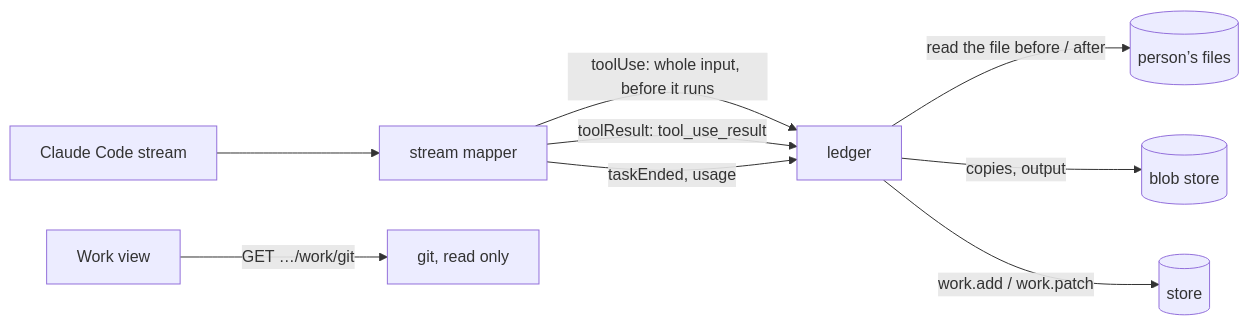
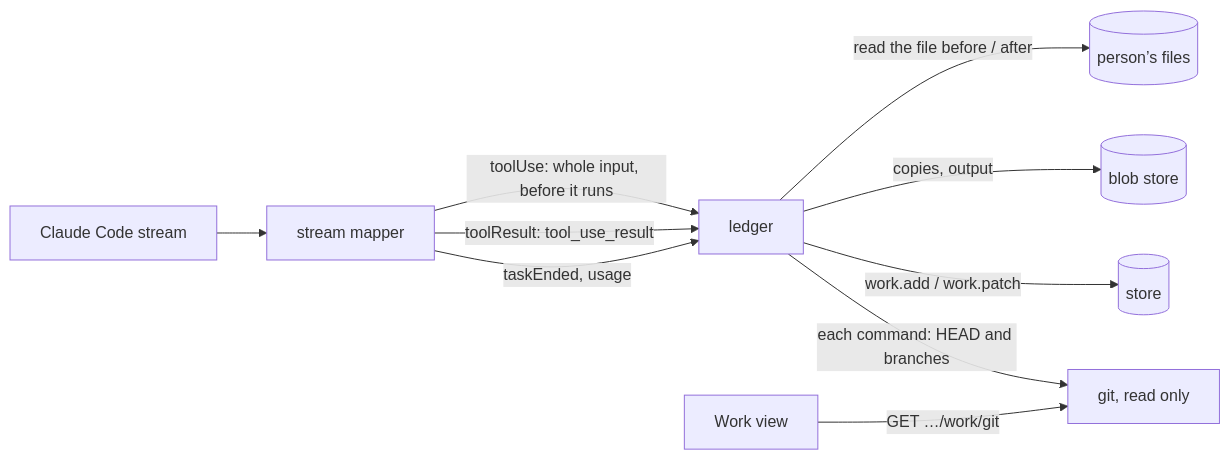
The seventh of 8 diagrams in designs/architecture.md (HJeon139/postbox), drawn with Mermaid before and after one commit. The commit also changed other lines of this file and 24 other files, not shown here.

````diff
--- a/designs/architecture.md
+++ b/designs/architecture.md
@@ -364,11 +364,12 @@
 ```mermaid
 flowchart LR
   S[Claude Code stream] --> M[stream mapper]
   M -->|"toolUse: whole input, before it runs"| L[ledger]
   M -->|"toolResult: tool_use_result"| L
   M -->|"taskEnded, usage"| L
   L -->|"read the file before / after"| F[(person’s files)]
   L -->|copies, output| B[(blob store)]
   L -->|"work.add / work.patch"| ST[(store)]
+  L -->|"each command: HEAD and branches"| G
   W[Work view] -->|"GET …/work/git"| G["git, read only"]
 ```
````
